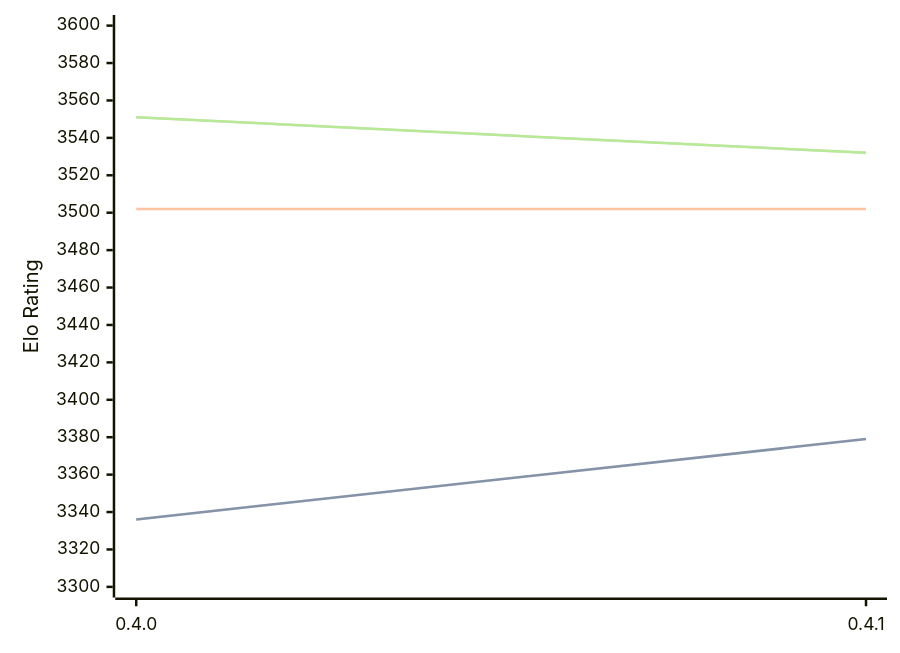
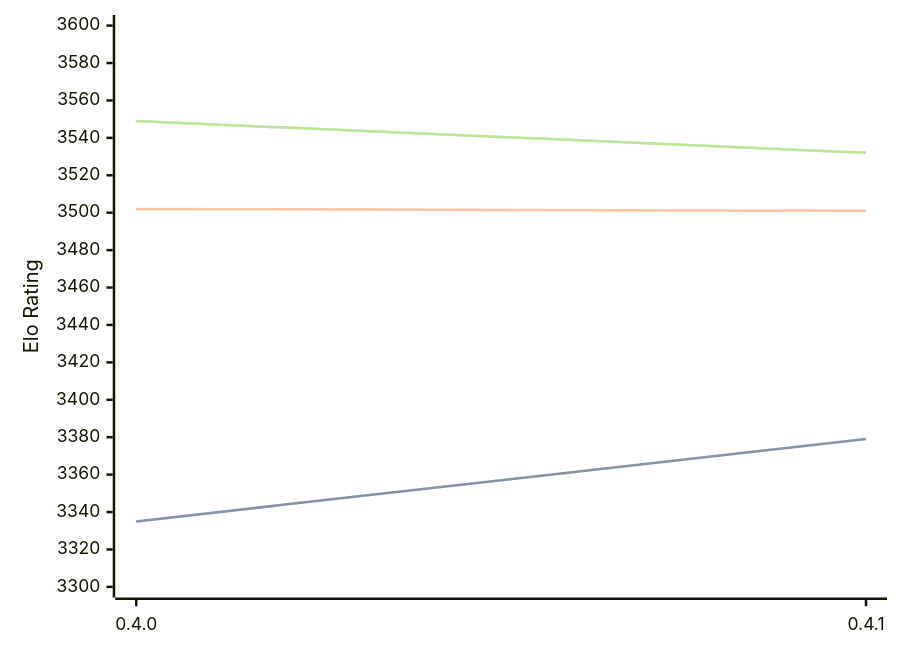
Before and after one commit to computer-chess-index/cci: the diagram in engines/Cinder.md, drawn with Mermaid. The commit also changed other lines of this file, not shown here.

Commit message:
Update CCI Ratings (ELO VLTC) - 2026-04-06

````diff
--- a/engines/Cinder.md
+++ b/engines/Cinder.md
@@ -40,11 +40,11 @@
 ```mermaid
 %%{init: {"theme":"base","themeVariables":{"seriesColors:['#a3a3a3','#222221','#faa371']}}}%%
 xychart-beta
   x-axis ["0.4.0", "0.4.1"]
   y-axis "Elo Rating" 3300 --> 3600
-  line "STC (8.0+0.08s)" [3336, 3379]
-  line "STC (8.0+0.08s)" [3336, 3379]
-  line "LTC (60.0+0.60s)" [3502, 3502]
-  line "VLTC (2m24s+1.12s)" [3551, 3532]
-  line "VLTC (2m24s+1.12s)" [3551, 3532]
+  line "STC (8.0+0.08s)" [3335, 3379]
+  line "STC (8.0+0.08s)" [3335, 3379]
+  line "LTC (60.0+0.60s)" [3502, 3501]
+  line "VLTC (2m24s+1.12s)" [3549, 3532]
+  line "VLTC (2m24s+1.12s)" [3549, 3532]
 ```
````
